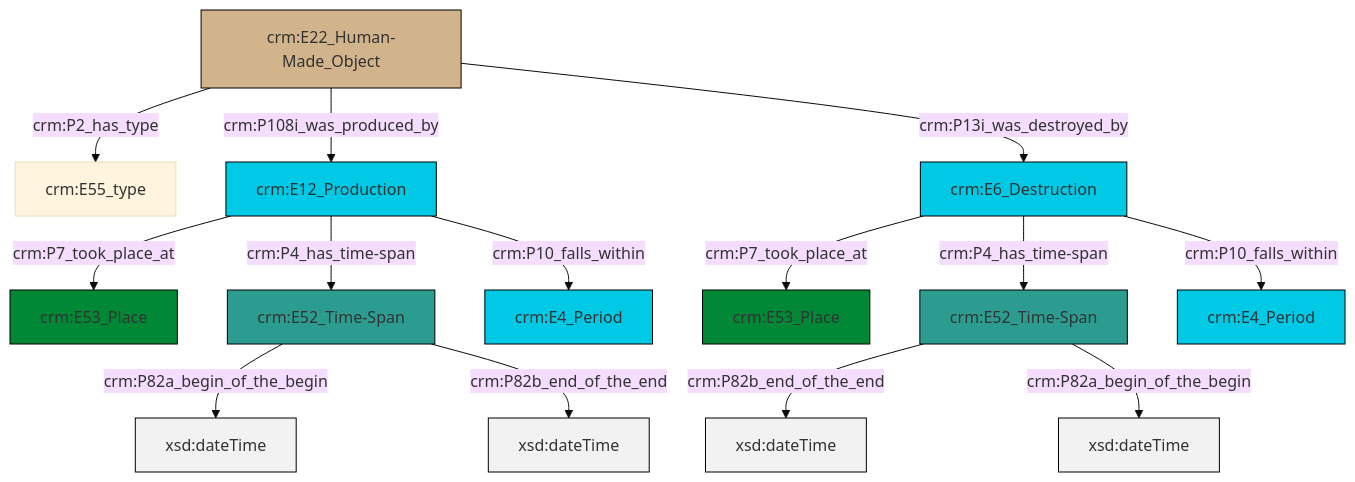
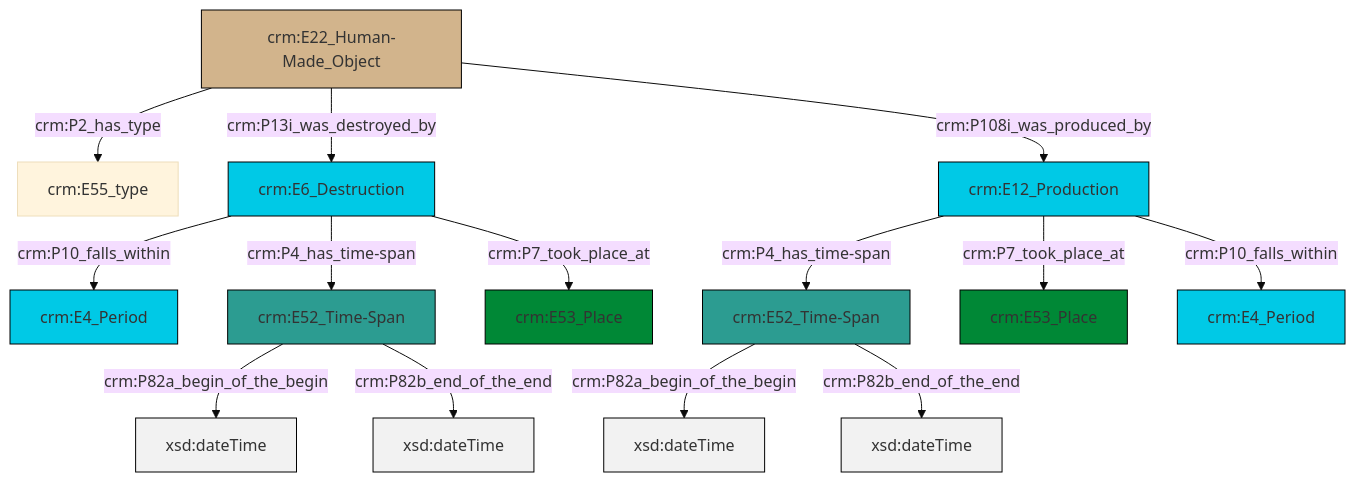
One commit to swiss-art-research-net/docs.swissartresearch changed the diagram in et/artworkCSV/ttl/mmd/Artwork_Existence.ttl.mmd. Above: the diagram before and after it, drawn with Mermaid (base theme). The commit also changed 175 other files, not shown here.

```diff
--- a/et/artworkCSV/ttl/mmd/Artwork_Existence.ttl.mmd
+++ b/et/artworkCSV/ttl/mmd/Artwork_Existence.ttl.mmd
@@ -1,28 +1,28 @@
 graph TD
 classDef Literal fill:#f2f2f2,stroke:#000000;
 classDef CRM_Entity fill:#FFFFFF,stroke:#000000;
 classDef Temporal_Entity fill:#00C9E6, stroke:#000000;
 classDef Type fill:#E18312, stroke:#000000;
 classDef Time-Span fill:#2C9C91, stroke:#000000;
 classDef Appellation fill:#FFEB7F, stroke:#000000;
 classDef Place fill:#008836, stroke:#000000;
 classDef Persistent_Item fill:#B266B2, stroke:#000000;
 classDef Conceptual_Object fill:#FFD700, stroke:#000000;
 classDef Physical_Thing fill:#D2B48C, stroke:#000000;
 classDef Actor fill:#f58aad, stroke:#000000;
 classDef PC_Classes fill:#4ce600, stroke:#000000;
 classDef Multi fill:#cccccc,stroke:#000000;
 
-2["crm:E22_Human-Made_Object"]:::Physical_Thing -->|crm:P2_has_type| 3["crm:E55_type"]:::Default
-4["crm:E6_Destruction"]:::Temporal_Entity -->|crm:P7_took_place_at| 0["crm:E53_Place"]:::Place
-5["crm:E12_Production"]:::Temporal_Entity -->|crm:P7_took_place_at| 6["crm:E53_Place"]:::Place
-2["crm:E22_Human-Made_Object"]:::Physical_Thing -->|crm:P108i_was_produced_by| 5["crm:E12_Production"]:::Temporal_Entity
-13["crm:E52_Time-Span"]:::Time-Span -->|crm:P82a_begin_of_the_begin| 15[xsd:dateTime]:::Literal
-5["crm:E12_Production"]:::Temporal_Entity -->|crm:P4_has_time-span| 13["crm:E52_Time-Span"]:::Time-Span
-7["crm:E52_Time-Span"]:::Time-Span -->|crm:P82b_end_of_the_end| 16[xsd:dateTime]:::Literal
-5["crm:E12_Production"]:::Temporal_Entity -->|crm:P10_falls_within| 17["crm:E4_Period"]:::Temporal_Entity
-13["crm:E52_Time-Span"]:::Time-Span -->|crm:P82b_end_of_the_end| 19[xsd:dateTime]:::Literal
-7["crm:E52_Time-Span"]:::Time-Span -->|crm:P82a_begin_of_the_begin| 21[xsd:dateTime]:::Literal
-4["crm:E6_Destruction"]:::Temporal_Entity -->|crm:P4_has_time-span| 7["crm:E52_Time-Span"]:::Time-Span
-2["crm:E22_Human-Made_Object"]:::Physical_Thing -->|crm:P13i_was_destroyed_by| 4["crm:E6_Destruction"]:::Temporal_Entity
-4["crm:E6_Destruction"]:::Temporal_Entity -->|crm:P10_falls_within| 9["crm:E4_Period"]:::Temporal_Entity
+4["crm:E12_Production"]:::Temporal_Entity -->|crm:P4_has_time-span| 0["crm:E52_Time-Span"]:::Time-Span
+0["crm:E52_Time-Span"]:::Time-Span -->|crm:P82a_begin_of_the_begin| 9[xsd:dateTime]:::Literal
+0["crm:E52_Time-Span"]:::Time-Span -->|crm:P82b_end_of_the_end| 10[xsd:dateTime]:::Literal
+13["crm:E22_Human-Made_Object"]:::Physical_Thing -->|crm:P2_has_type| 15["crm:E55_type"]:::Default
+2["crm:E6_Destruction"]:::Temporal_Entity -->|crm:P10_falls_within| 5["crm:E4_Period"]:::Temporal_Entity
+2["crm:E6_Destruction"]:::Temporal_Entity -->|crm:P4_has_time-span| 7["crm:E52_Time-Span"]:::Time-Span
+13["crm:E22_Human-Made_Object"]:::Physical_Thing -->|crm:P13i_was_destroyed_by| 2["crm:E6_Destruction"]:::Temporal_Entity
+7["crm:E52_Time-Span"]:::Time-Span -->|crm:P82a_begin_of_the_begin| 18[xsd:dateTime]:::Literal
+7["crm:E52_Time-Span"]:::Time-Span -->|crm:P82b_end_of_the_end| 21[xsd:dateTime]:::Literal
+4["crm:E12_Production"]:::Temporal_Entity -->|crm:P7_took_place_at| 11["crm:E53_Place"]:::Place
+4["crm:E12_Production"]:::Temporal_Entity -->|crm:P10_falls_within| 22["crm:E4_Period"]:::Temporal_Entity
+2["crm:E6_Destruction"]:::Temporal_Entity -->|crm:P7_took_place_at| 19["crm:E53_Place"]:::Place
+13["crm:E22_Human-Made_Object"]:::Physical_Thing -->|crm:P108i_was_produced_by| 4["crm:E12_Production"]:::Temporal_Entity
```
